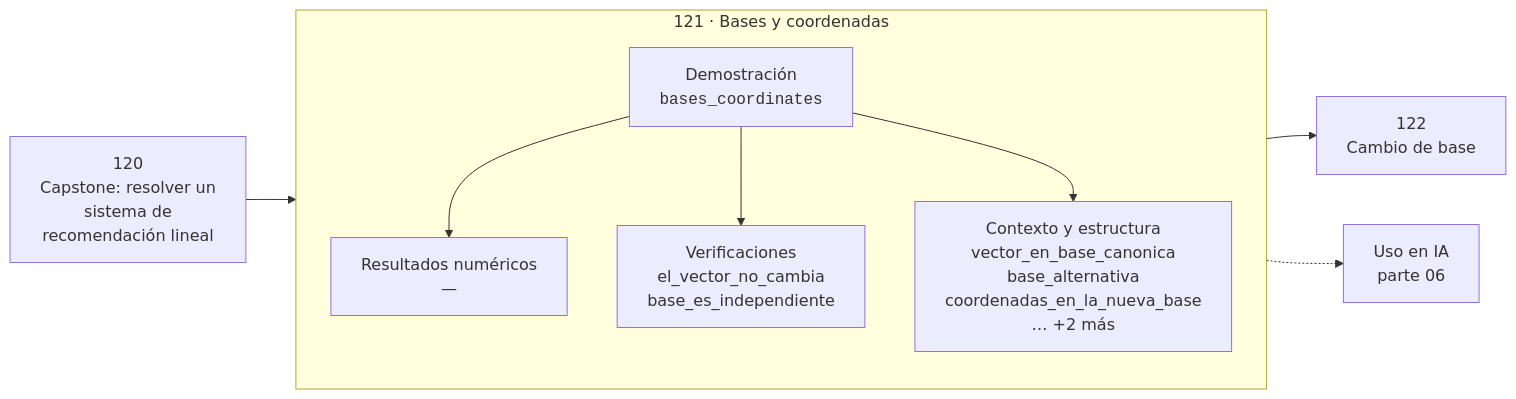
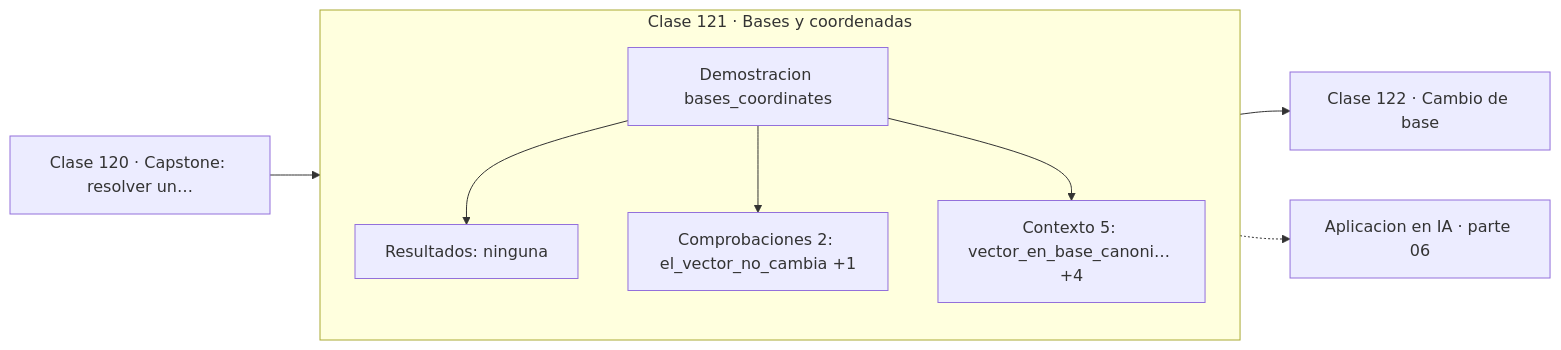
Before and after one commit to vladimiracunadev-create/computational-mathematics-program: the diagram in classes/part-06-algebra-lineal-ii-descomposiciones-y-tensores/121-bases-y-coordenadas/README.md, drawn with Mermaid. The commit also changed 389 other files, not shown here.

First line of the commit message:
fix(diagramas): elimina el HTML de las etiquetas Mermaid

````diff
--- a/classes/part-06-algebra-lineal-ii-descomposiciones-y-tensores/121-bases-y-coordenadas/README.md
+++ b/classes/part-06-algebra-lineal-ii-descomposiciones-y-tensores/121-bases-y-coordenadas/README.md
@@ -30,12 +30,13 @@
 ```mermaid
 flowchart LR
-    P["120<br/>Capstone: resolver un<br/>sistema de<br/>recomendación lineal"] --> C
-    subgraph C["121 · Bases y coordenadas"]
+    P["Clase 120 · Capstone: resolver un…"] --> D
+    subgraph CLASE["Clase 121 · Bases y coordenadas"]
         direction TB
-        D["Demostración<br/><code>bases_coordinates</code>"] --> R["Resultados numéricos<br/>—"]
-        D --> V["Verificaciones<br/>el_vector_no_cambia<br/>base_es_independiente"]
-        D --> O["Contexto y estructura<br/>vector_en_base_canonica<br/>base_alternativa<br/>coordenadas_en_la_nueva_base<br/>… +2 más"]
+        D["Demostracion bases_coordinates"]
+        D --> R["Resultados: ninguna"]
+        D --> V["Comprobaciones 2: el_vector_no_cambia +1"]
+        D --> O["Contexto 5: vector_en_base_canoni… +4"]
     end
-    C --> N["122<br/>Cambio de base"]
-    C -.-> IA["Uso en IA<br/>parte 06"]
+    R --> N["Clase 122 · Cambio de base"]
+    V -.-> IA["Aplicacion en IA · parte 06"]
 ```
````
